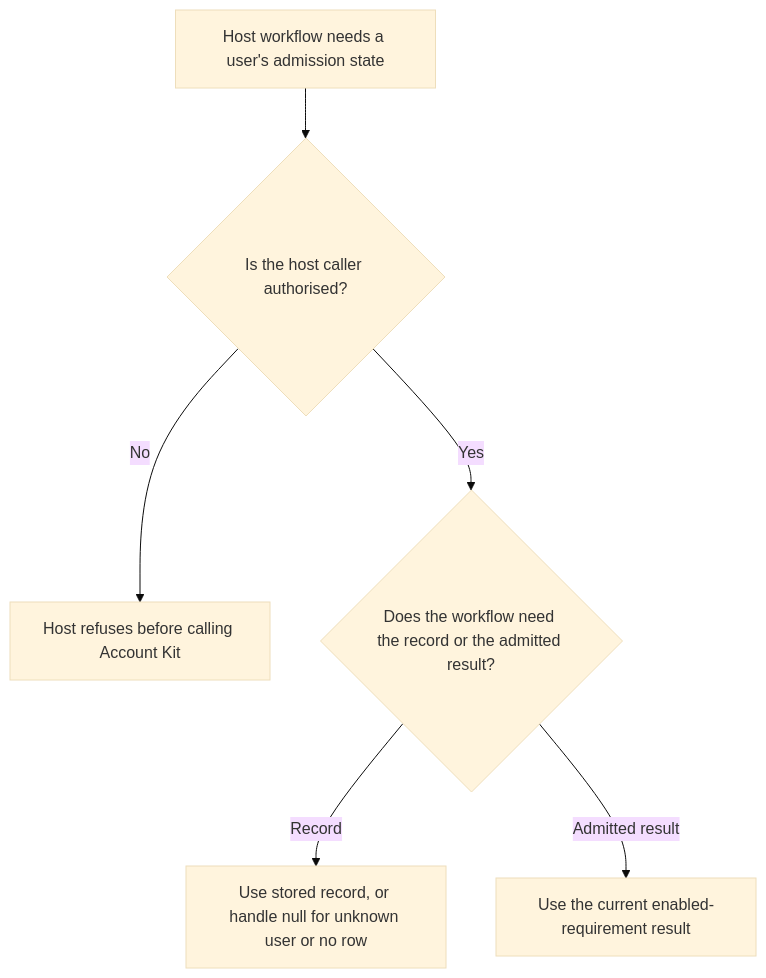
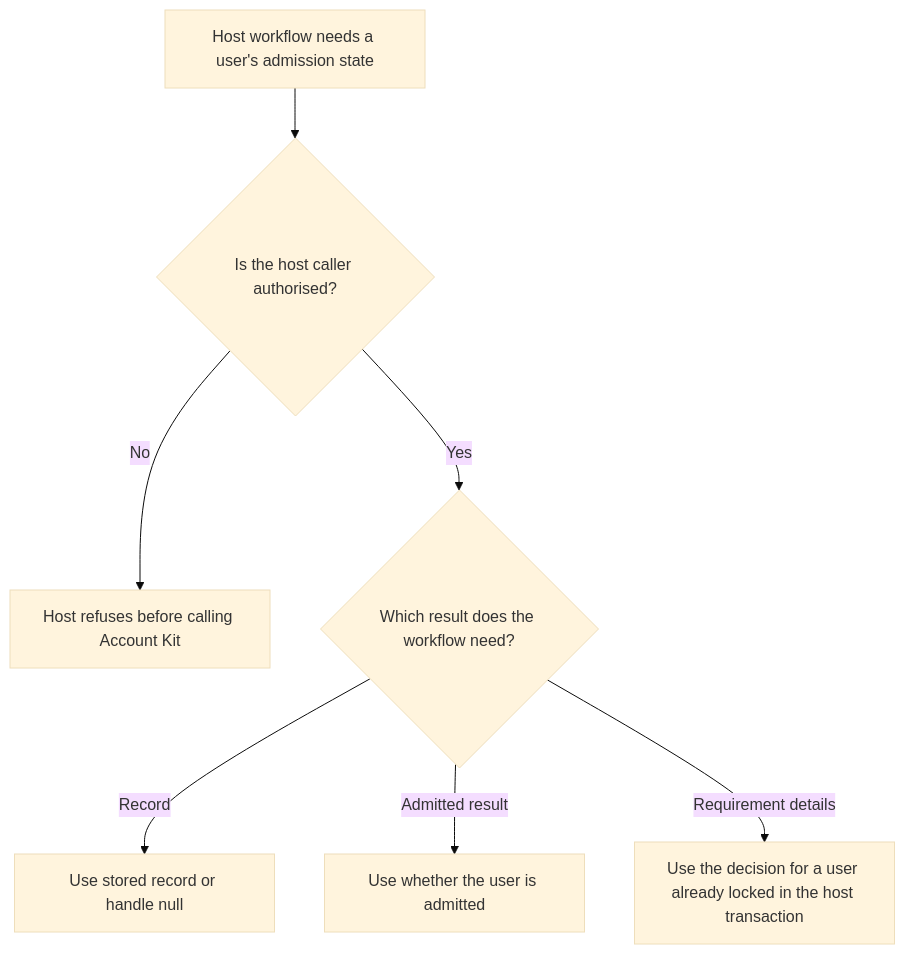
Before and after one commit to Kevinjohn/oss-adonisjs-account-kit: the first of 2 diagrams in user-stories/US-ACCOUNT-57-check-admission-record.md, drawn with Mermaid (base theme). The commit also changed other lines of this file and 70 other files, not shown here.

````diff
--- a/user-stories/US-ACCOUNT-57-check-admission-record.md
+++ b/user-stories/US-ACCOUNT-57-check-admission-record.md
@@ -20,8 +20,9 @@
 ```mermaid
 flowchart TD
  A["Host workflow needs a user's admission state"] --> B{"Is the host caller authorised?"}
  B -->|No| C["Host refuses before calling Account Kit"]
- B -->|Yes| D{"Does the workflow need the record or the admitted result?"}
- D -->|Record| E["Use stored record, or handle null for unknown user or no row"]
- D -->|Admitted result| F["Use the current enabled-requirement result"]
+ B -->|Yes| D{"Which result does the workflow need?"}
+ D -->|Record| E["Use stored record or handle null"]
+ D -->|Admitted result| F["Use whether the user is admitted"]
+ D -->|Requirement details| G["Use the decision for a user already locked in the host transaction"]
 ```
````
